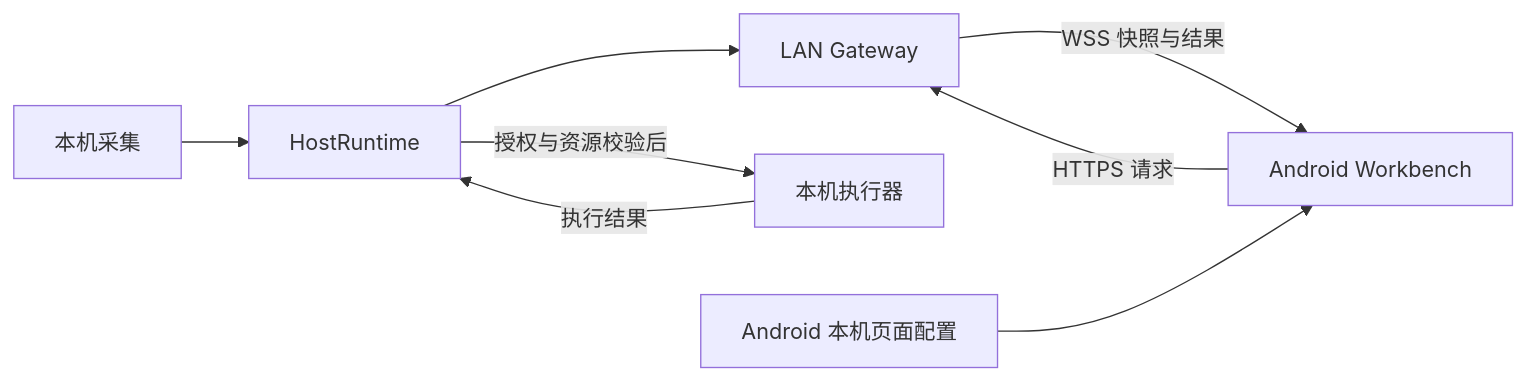
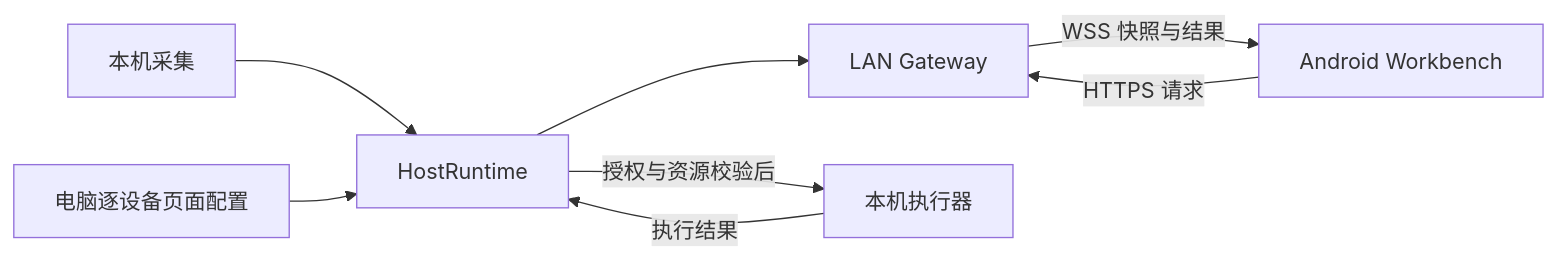
One commit to leowzz/deskbar changed the diagram in docs/architecture.md. Above: the diagram before and after it, drawn with Mermaid. The commit also changed other lines of this file and 72 other files, not shown here.

````diff
--- a/docs/architecture.md
+++ b/docs/architecture.md
@@ -9,10 +9,10 @@
 ```mermaid
 flowchart LR
   Providers[本机采集] --> Host[HostRuntime]
   Host --> Gateway[LAN Gateway]
   Android[Android Workbench] -->|HTTPS 请求| Gateway
   Gateway -->|WSS 快照与结果| Android
   Host -->|授权与资源校验后| Executor[本机执行器]
   Executor -->|执行结果| Host
-  Pages[Android 本机页面配置] --> Android
+  Pages[电脑逐设备页面配置] --> Host
 ```
````
